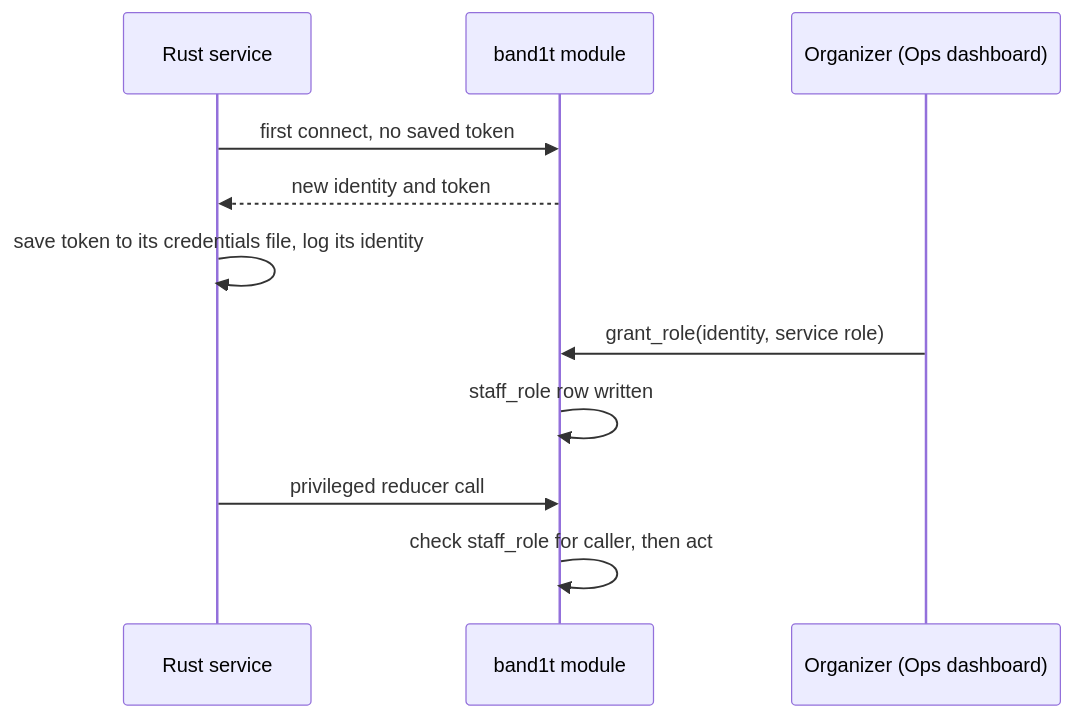
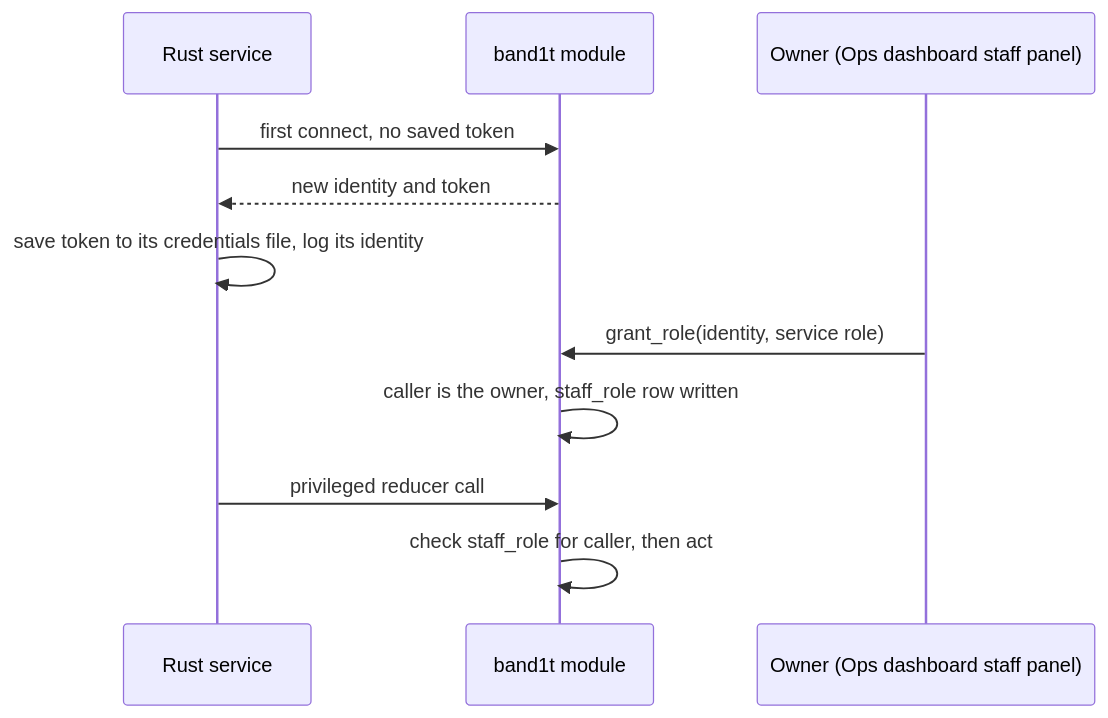
One commit to viktorinkov/cal-hacks-13 changed the second of 4 diagrams in System Design/3-services/Rust-Backend.md. Above: the diagram before and after it, drawn with Mermaid. The commit also changed other lines of this file and 15 other files, not shown here.

````diff
--- a/System Design/3-services/Rust-Backend.md
+++ b/System Design/3-services/Rust-Backend.md
@@ -106,13 +106,13 @@
 ```mermaid
 sequenceDiagram
   participant P as Rust service
   participant M as band1t module
-  participant O as Organizer (Ops dashboard)
+  participant O as Owner (Ops dashboard staff panel)
   P->>M: first connect, no saved token
   M-->>P: new identity and token
   P->>P: save token to its credentials file, log its identity
   O->>M: grant_role(identity, service role)
-  M->>M: staff_role row written
+  M->>M: caller is the owner, staff_role row written
   P->>M: privileged reducer call
   M->>M: check staff_role for caller, then act
 ```
````
